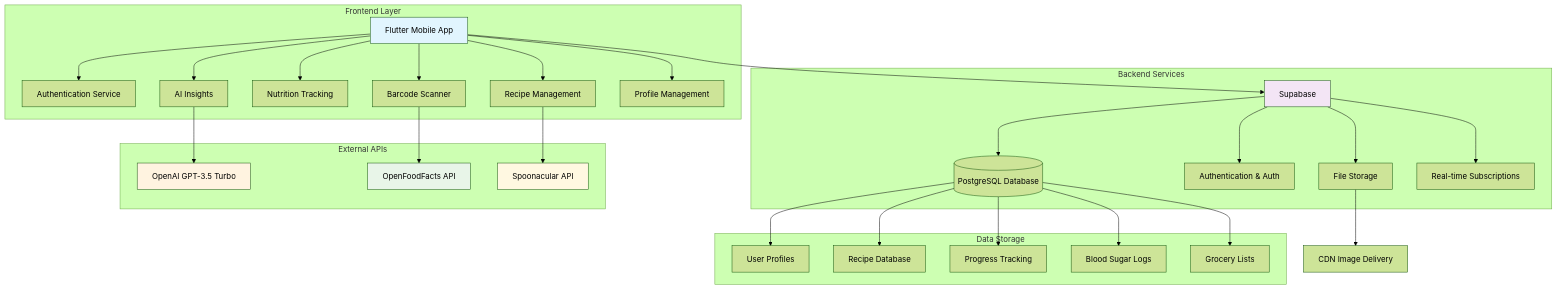
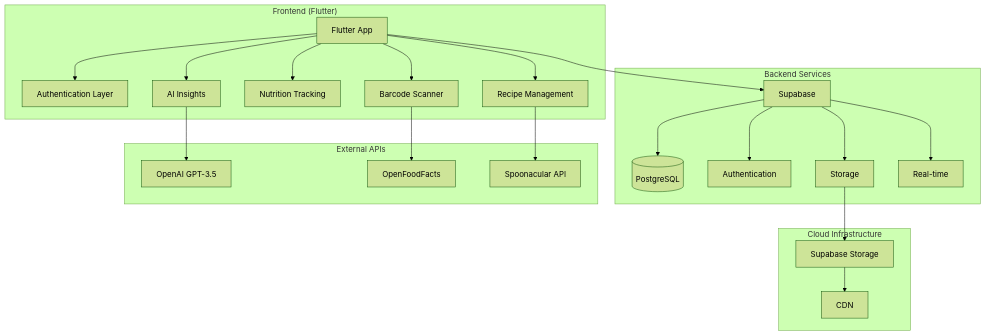
Before and after one commit to abhinavsrinivasan/diabetes-me: the diagram in README.md, drawn with Mermaid (forest theme). The commit also changed other lines of this file, not shown here.

````diff
--- a/README.md
+++ b/README.md
@@ -33,51 +33,36 @@
 ```mermaid
 graph TB
-    subgraph "Frontend Layer"
-        A[Flutter Mobile App] --> B[Authentication Service]
+    subgraph "Frontend (Flutter)"
+        A[Flutter App] --> B[Authentication Layer]
         A --> C[Recipe Management]
         A --> D[Nutrition Tracking]
         A --> E[Barcode Scanner]
         A --> F[AI Insights]
-        A --> G[Profile Management]
     end
     
     subgraph "Backend Services"
-        H[Supabase] --> I[(PostgreSQL Database)]
-        H --> J[Authentication & Auth]
-        H --> K[File Storage]
-        H --> L[Real-time Subscriptions]
+        G[Supabase] --> H[(PostgreSQL)]
+        G --> I[Authentication]
+        G --> J[Storage]
+        G --> K[Real-time]
     end
     
     subgraph "External APIs"
-        M[OpenAI GPT-3.5 Turbo]
-        N[OpenFoodFacts API]
-        O[Spoonacular API]
+        L[OpenAI GPT-3.5]
+        M[OpenFoodFacts]
+        N[Spoonacular API]
     end
     
-    subgraph "Data Storage"
-        P[User Profiles]
-        Q[Recipe Database]
-        R[Progress Tracking]
-        S[Blood Sugar Logs]
-        T[Grocery Lists]
+    A --> G
+    F --> L
+    E --> M
+    C --> N
+    
+    subgraph "Cloud Infrastructure"
+        O[Supabase Storage]
+        P[CDN]
     end
     
-    A --> H
-    F --> M
-    E --> N
-    C --> O
-    
-    I --> P
-    I --> Q
-    I --> R
-    I --> S
-    I --> T
-    
-    K --> U[CDN Image Delivery]
-    
-    style A fill:#e1f5fe
-    style H fill:#f3e5f5
-    style M fill:#fff3e0
-    style N fill:#e8f5e8
-    style O fill:#fff8e1
+    J --> O
+    O --> P
 ```
````
